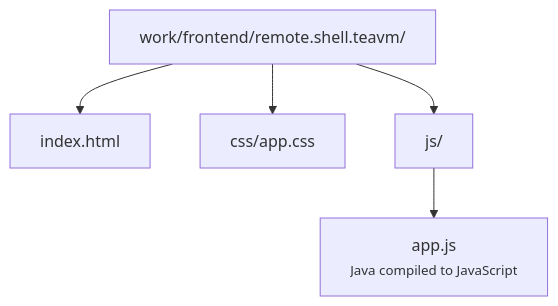
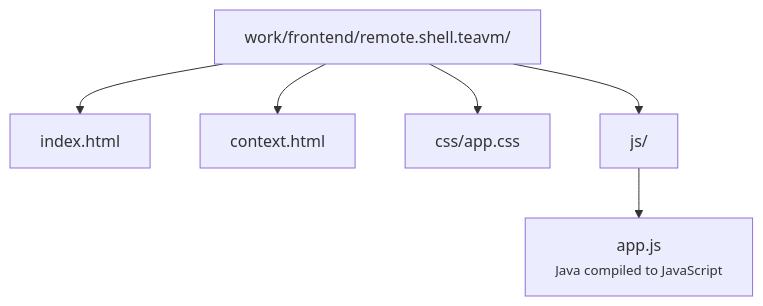
The fourth of 4 diagrams in fontes/br.com.wdc.store/br.com.wdc.store.view.remote/remote.shell.teavm/README.md (mrcdom/wdc-cube-java-v2), drawn with Mermaid before and after one commit. The commit also changed other lines of this file and 50 other files, not shown here.

````diff
--- a/fontes/br.com.wdc.store/br.com.wdc.store.view.remote/remote.shell.teavm/README.md
+++ b/fontes/br.com.wdc.store/br.com.wdc.store.view.remote/remote.shell.teavm/README.md
@@ -162,13 +176,15 @@
 ```mermaid
 graph TD
     root["work/frontend/remote.shell.teavm/"]
     index["index.html"]
+    context["context.html"]
     css["css/app.css"]
     js["js/"]
     appJs["app.js<br/><small>Java compiled to JavaScript</small>"]
 
     root --> index
+    root --> context
     root --> css
     root --> js
     js --> appJs
 ```
````
